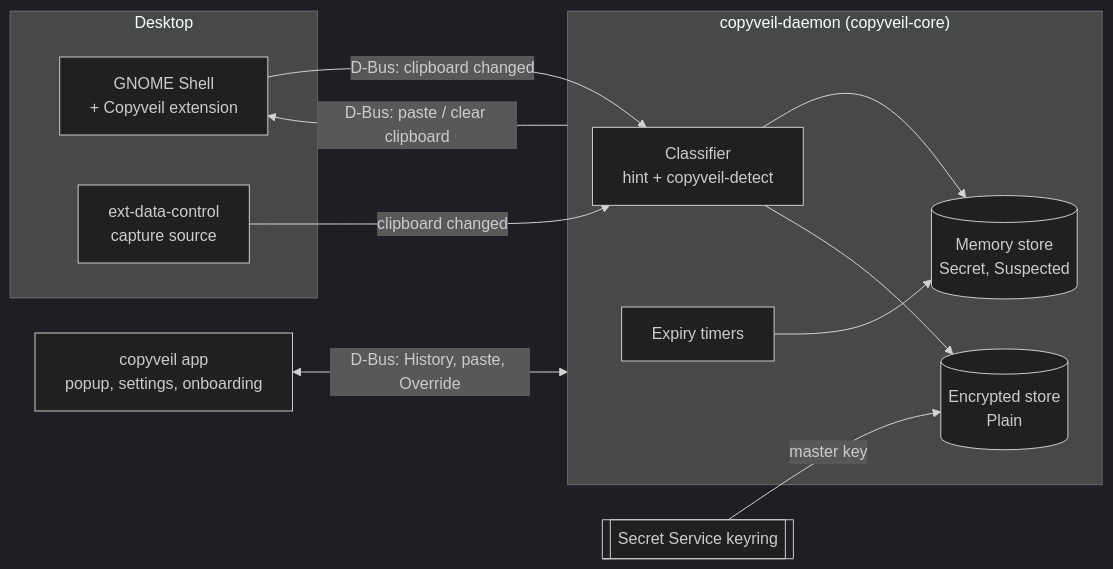
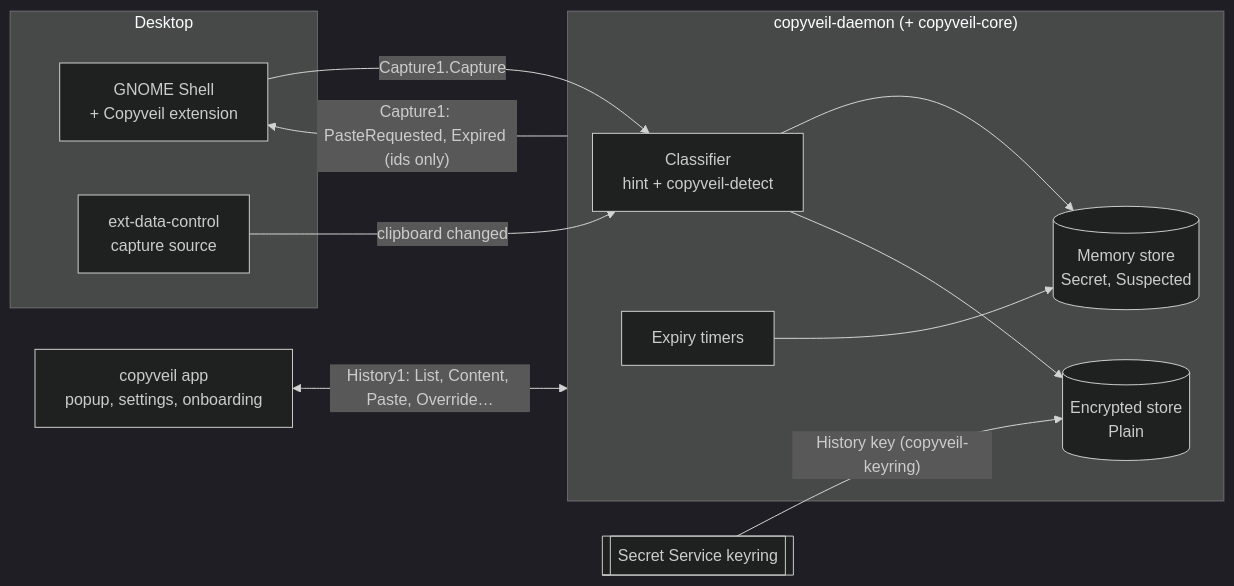
Before and after one commit to joaoferrete/copyveil: the diagram in docs/architecture.md, drawn with Mermaid (dark theme). The commit also changed other lines of this file and 31 other files, not shown here.

First line of the commit message:
feat: serve the History over D-Bus from a new daemon (#15)

````diff
--- a/docs/architecture.md
+++ b/docs/architecture.md
@@ -5,24 +5,24 @@
 ```mermaid
 flowchart LR
   subgraph Desktop
     GS[GNOME Shell<br/>+ Copyveil extension]
     DC[ext-data-control<br/>capture source]
   end
-  subgraph Core["copyveil-daemon (copyveil-core)"]
+  subgraph Core["copyveil-daemon (+ copyveil-core)"]
     CL[Classifier<br/>hint + copyveil-detect]
     MEM[(Memory store<br/>Secret, Suspected)]
     DB[(Encrypted store<br/>Plain)]
     EXP[Expiry timers]
   end
   KR[[Secret Service keyring]]
   APP[copyveil app<br/>popup, settings, onboarding]
 
-  GS -- "D-Bus: clipboard changed" --> CL
+  GS -- "Capture1.Capture" --> CL
   DC -- "clipboard changed" --> CL
   CL --> MEM
   CL --> DB
   EXP --> MEM
-  KR -- "master key" --> DB
-  APP <-- "D-Bus: History, paste, Override" --> Core
-  Core -- "D-Bus: paste / clear clipboard" --> GS
+  KR -- "History key (copyveil-keyring)" --> DB
+  APP <-- "History1: List, Content, Paste, Override…" --> Core
+  Core -- "Capture1: PasteRequested, Expired (ids only)" --> GS
 ```
````
